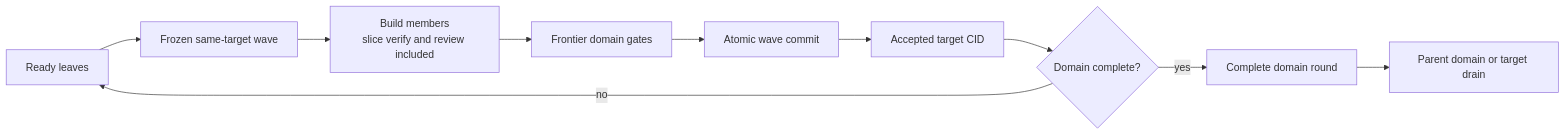
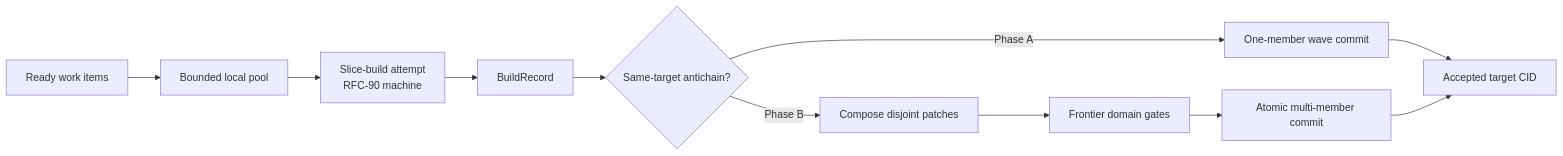
Before and after one commit to augentic/anvil: the diagram in rfcs/rfc-96-concurrent-execution.md, drawn with Mermaid. The commit also changed other lines of this file and 154 other files, not shown here.

````diff
--- a/rfcs/rfc-96-concurrent-execution.md
+++ b/rfcs/rfc-96-concurrent-execution.md
@@ -339,12 +23,13 @@
 ```mermaid
 flowchart LR
-    A[Ready leaves] --> B[Frozen same-target wave]
-    B --> C[Build members<br/>slice verify and review included]
-    C --> D[Frontier domain gates]
-    D --> E[Atomic wave commit]
-    E --> F[Accepted target CID]
-    F --> G{Domain complete?}
-    G -- no --> A
-    G -- yes --> H[Complete domain round]
-    H --> I[Parent domain or target drain]
+    A[Ready work items] --> B[Bounded local pool]
+    B --> C[Slice-build attempt<br/>RFC-90 machine]
+    C --> D[BuildRecord]
+    D --> E{Same-target antichain?}
+    E -- Phase A --> F[One-member wave commit]
+    E -- Phase B --> G[Compose disjoint patches]
+    G --> H[Frontier domain gates]
+    H --> I[Atomic multi-member commit]
+    F --> J[Accepted target CID]
+    I --> J
 ```
````
